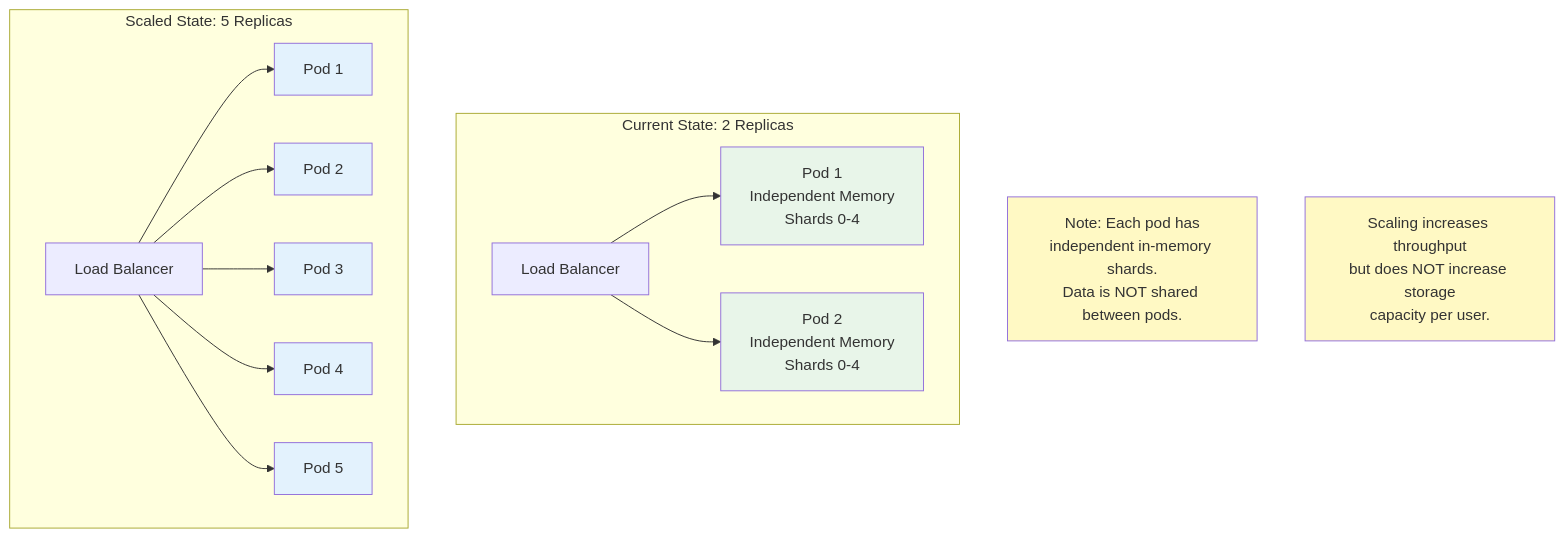
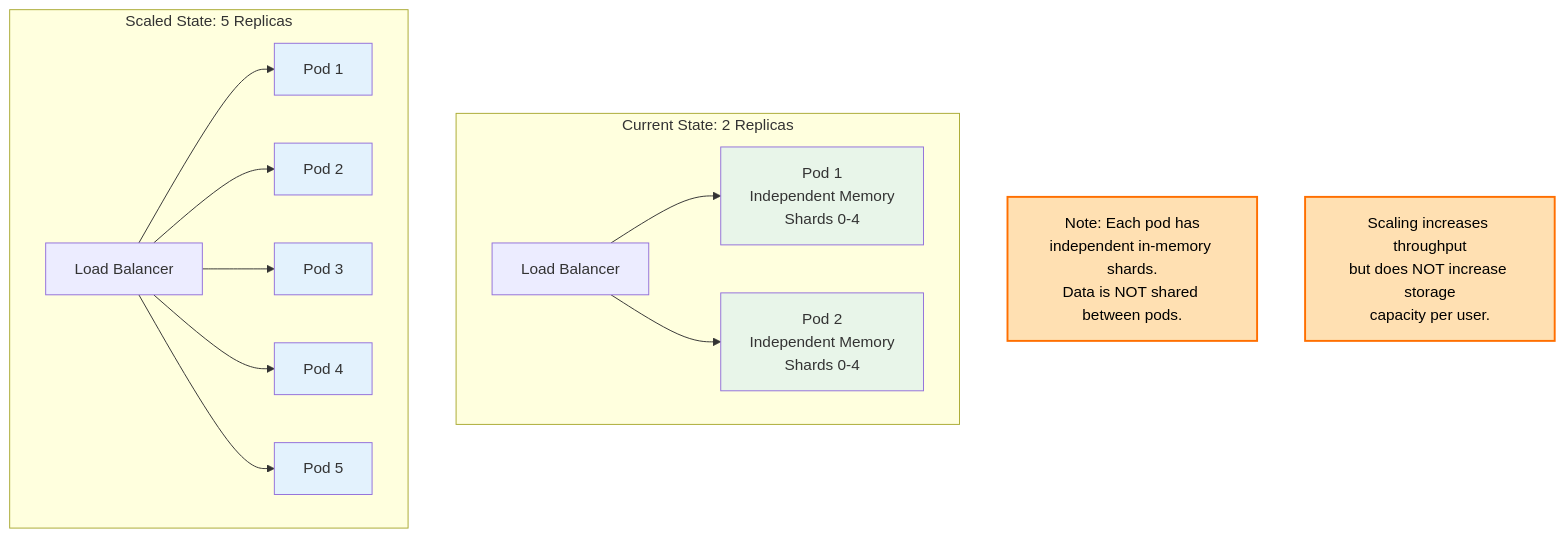
One commit to Demilade01/sharded-data-service changed the tenth of 10 diagrams in ARCHITECTURE.md. Above: the diagram before and after it, drawn with Mermaid. The commit also changed other lines of this file, not shown here.

````diff
--- a/ARCHITECTURE.md
+++ b/ARCHITECTURE.md
@@ -416,39 +416,39 @@
 ```mermaid
 graph TB
     subgraph "Current State: 2 Replicas"
         LB1[Load Balancer]
         P1[Pod 1<br/>Independent Memory<br/>Shards 0-4]
         P2[Pod 2<br/>Independent Memory<br/>Shards 0-4]
 
         LB1 --> P1
         LB1 --> P2
     end
 
     subgraph "Scaled State: 5 Replicas"
         LB2[Load Balancer]
         P3[Pod 1]
         P4[Pod 2]
         P5[Pod 3]
         P6[Pod 4]
         P7[Pod 5]
 
         LB2 --> P3
         LB2 --> P4
         LB2 --> P5
         LB2 --> P6
         LB2 --> P7
     end
 
     Note1[Note: Each pod has<br/>independent in-memory shards.<br/>Data is NOT shared between pods.]
     Note2[Scaling increases throughput<br/>but does NOT increase storage<br/>capacity per user.]
 
     style P1 fill:#e8f5e9
     style P2 fill:#e8f5e9
     style P3 fill:#e3f2fd
     style P4 fill:#e3f2fd
     style P5 fill:#e3f2fd
     style P6 fill:#e3f2fd
     style P7 fill:#e3f2fd
-    style Note1 fill:#fff9c4
-    style Note2 fill:#fff9c4
+    style Note1 fill:#ffe0b2,stroke:#ff6f00,stroke-width:2px,color:#000
+    style Note2 fill:#ffe0b2,stroke:#ff6f00,stroke-width:2px,color:#000
 ```
````
